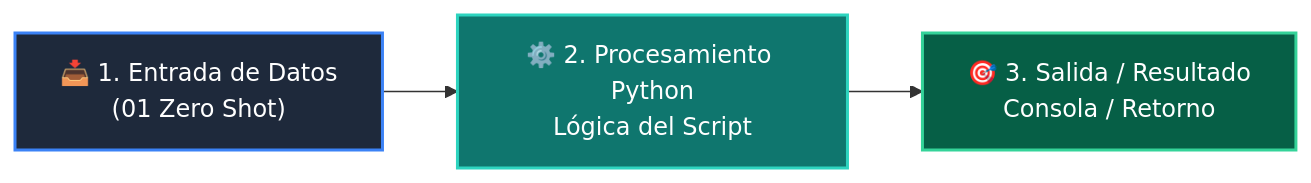
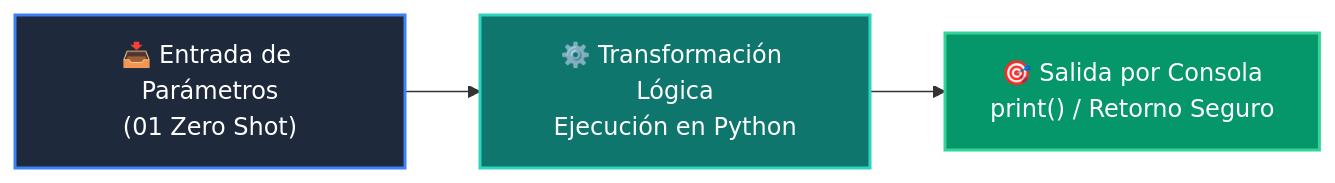
One commit to wisrovi/wisrovi-python changed the diagram in 03-agentes-ia/clase-02-prompt-engineering-avanzado/ejemplos/ejemplo_01_zero_shot/README.md. Above: the diagram before and after it, drawn with Mermaid. The commit also changed other lines of this file and 226 other files, not shown here.

Commit message:
docs: elevate all repository READMEs to world-class mastery standard with rich pedagogical architecture, custom Mermaids, and professional styling

````diff
--- a/03-agentes-ia/clase-02-prompt-engineering-avanzado/ejemplos/ejemplo_01_zero_shot/README.md
+++ b/03-agentes-ia/clase-02-prompt-engineering-avanzado/ejemplos/ejemplo_01_zero_shot/README.md
@@ -12,9 +19,9 @@
 ```mermaid
 flowchart LR
-    A["📥 1. Entrada de Datos<br/>(01 Zero Shot)"] --> B["⚙️ 2. Procesamiento Python<br/>Lógica del Script"]
-    B --> C["🎯 3. Salida / Resultado<br/>Consola / Retorno"]
+    A["📥 Entrada de Parámetros<br/>(01 Zero Shot)"] --> B["⚙️ Transformación Lógica<br/>Ejecución en Python"]
+    B --> C["🎯 Salida por Consola<br/>print() / Retorno Seguro"]
 
-    style A fill:#1e293b,color:#fff,stroke:#3b82f6,stroke-width:2px
-    style B fill:#0f766e,color:#fff,stroke:#2dd4bf,stroke-width:2px
-    style C fill:#065f46,color:#fff,stroke:#34d399,stroke-width:2px
+    style A fill:#1e293b,color:#ffffff,stroke:#3b82f6,stroke-width:2px
+    style B fill:#0f766e,color:#ffffff,stroke:#2dd4bf,stroke-width:2px
+    style C fill:#059669,color:#ffffff,stroke:#34d399,stroke-width:2px
 ```
````
